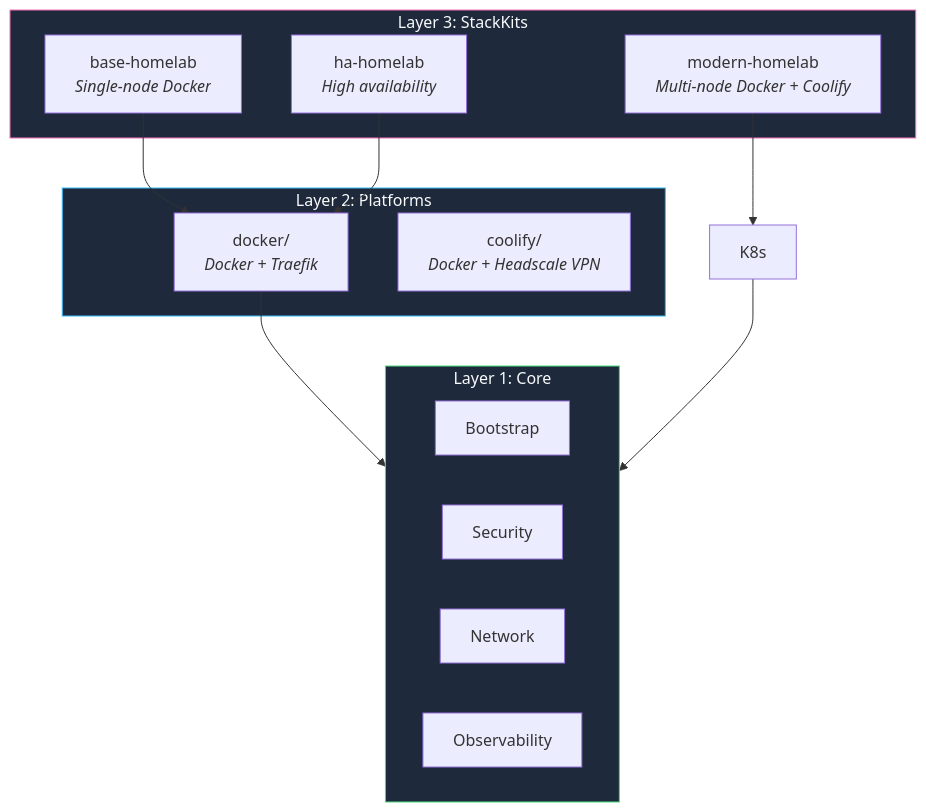
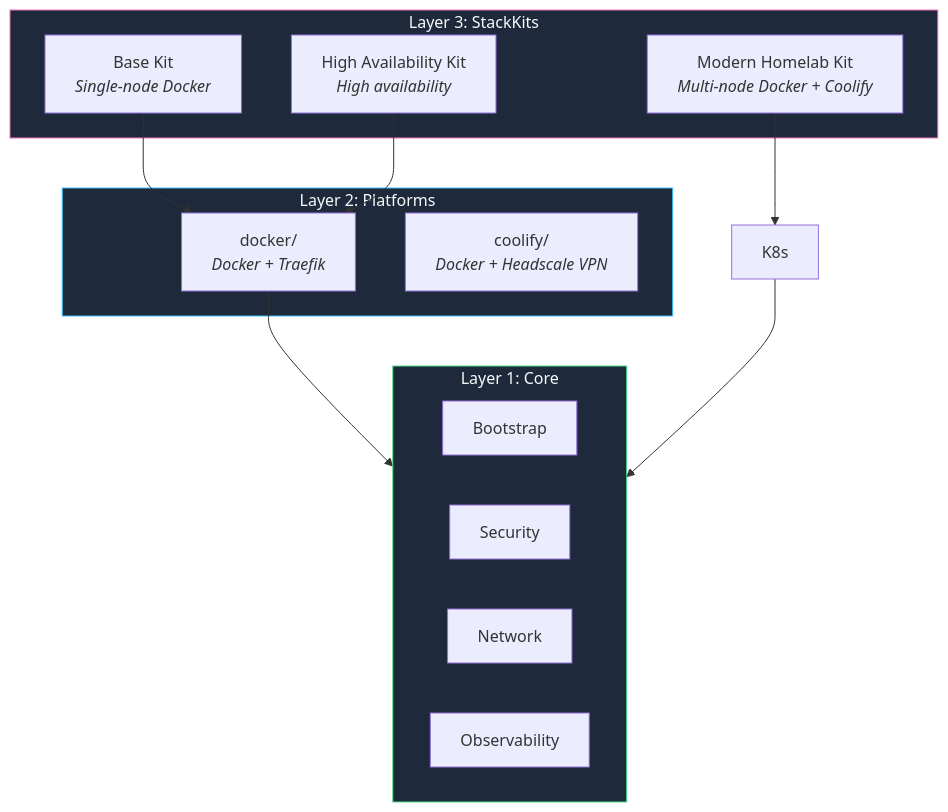
Before and after one commit to KombiverseLabs/docs: the fourth of 9 diagrams in concepts/architecture.mdx, drawn with Mermaid. The commit also changed other lines of this file and 14 other files, not shown here.

````diff
--- a/concepts/architecture.mdx
+++ b/concepts/architecture.mdx
@@ -179,30 +179,30 @@
 ```mermaid
 graph TB
     subgraph Layer3["Layer 3: StackKits"]
-        Base["base-homelab<br/><i>Single-node Docker</i>"]
-        HA["ha-homelab<br/><i>High availability</i>"]
-        Modern["modern-homelab<br/><i>Multi-node Docker + Coolify</i>"]
+        Base["Base Kit<br/><i>Single-node Docker</i>"]
+        HA["High Availability Kit<br/><i>High availability</i>"]
+        Modern["Modern Homelab Kit<br/><i>Multi-node Docker + Coolify</i>"]
     end
 
     subgraph Layer2["Layer 2: Platforms"]
         Docker["docker/<br/><i>Docker + Traefik</i>"]
         Coolify["coolify/<br/><i>Docker + Headscale VPN</i>"]
     end
 
     subgraph Layer1["Layer 1: Core"]
         Bootstrap["Bootstrap"]
         Security["Security"]
         Network["Network"]
         Observe["Observability"]
     end
 
     Base --> Docker
     HA --> Docker
     Modern --> K8s
     Docker --> Layer1
     K8s --> Layer1
 
     style Layer3 fill:#1e293b,stroke:#f472b6,color:#f8fafc
     style Layer2 fill:#1e293b,stroke:#38bdf8,color:#f8fafc
     style Layer1 fill:#1e293b,stroke:#4ade80,color:#f8fafc
 ```
````
